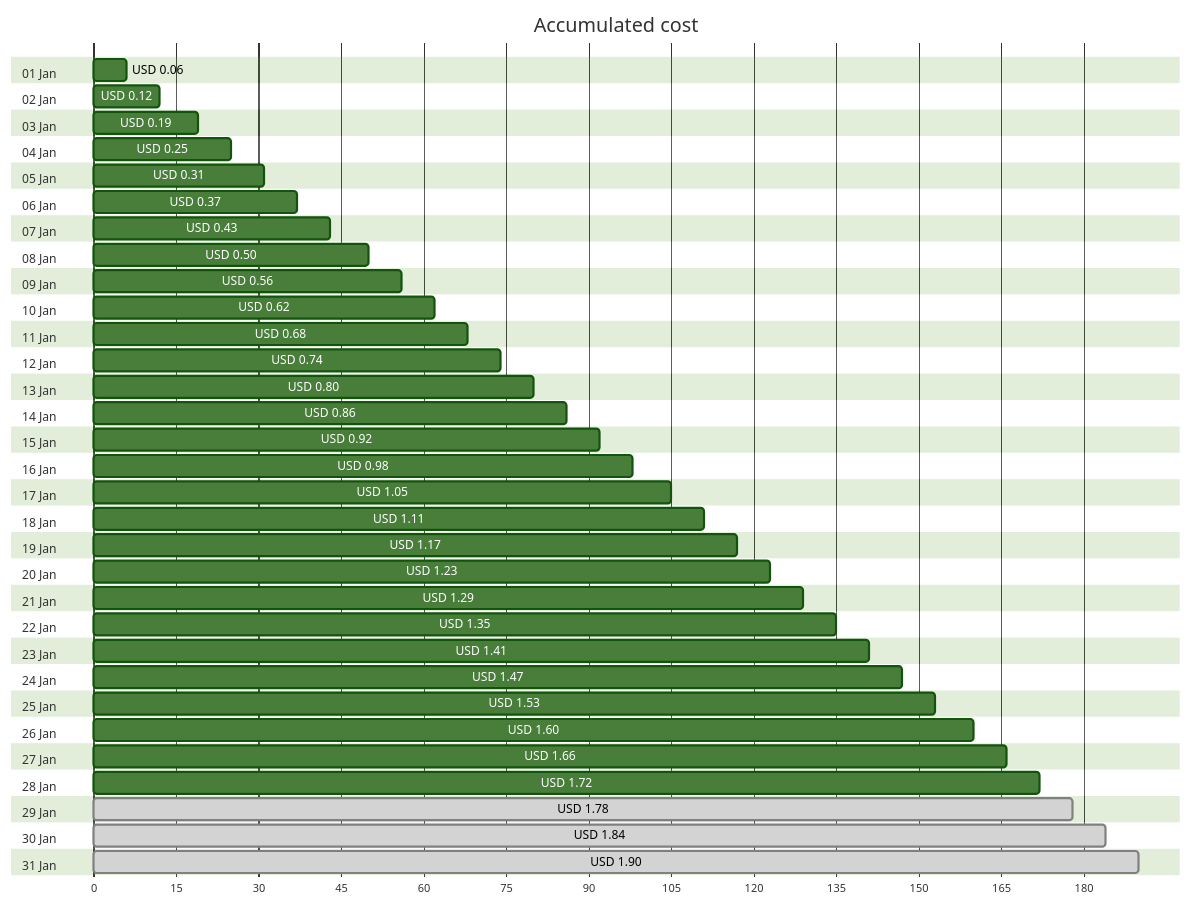
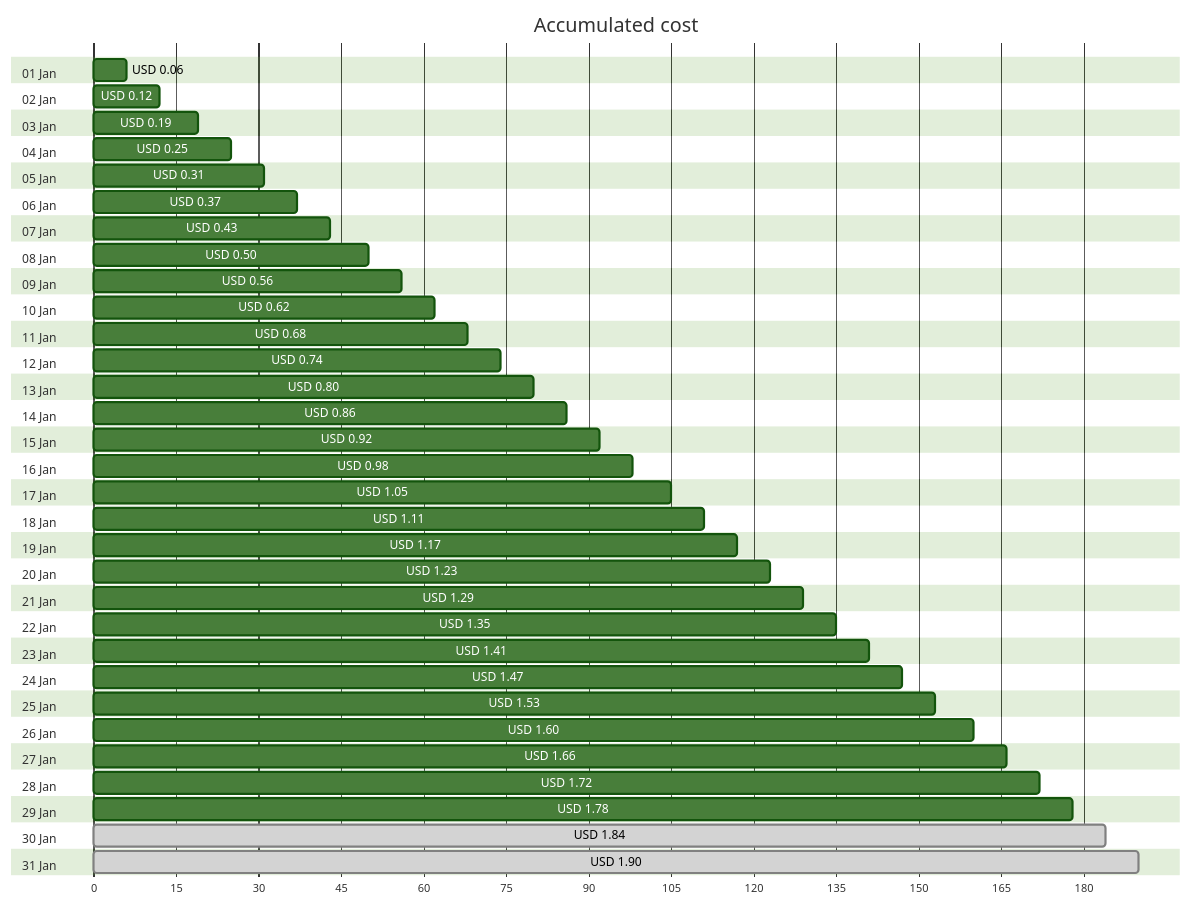
One commit to jpfulton/azure-personal-reports changed the first of 4 diagrams in cost-reports/personal-network/backup-server_OsDisk.md. Above: the diagram before and after it, drawn with Mermaid (forest theme). The commit also changed other lines of this file and 8 other files, not shown here.

````diff
--- a/cost-reports/personal-network/backup-server_OsDisk.md
+++ b/cost-reports/personal-network/backup-server_OsDisk.md
@@ -20,68 +20,68 @@
 ```mermaid
 gantt
    title Accumulated cost
    dateFormat  X
    axisFormat %s
    section 01 Jan
    USD 0.06 :0, 6
    section 02 Jan
    USD 0.12 :0, 12
    section 03 Jan
    USD 0.19 :0, 19
    section 04 Jan
    USD 0.25 :0, 25
    section 05 Jan
    USD 0.31 :0, 31
    section 06 Jan
    USD 0.37 :0, 37
    section 07 Jan
    USD 0.43 :0, 43
    section 08 Jan
    USD 0.50 :0, 50
    section 09 Jan
    USD 0.56 :0, 56
    section 10 Jan
    USD 0.62 :0, 62
    section 11 Jan
    USD 0.68 :0, 68
    section 12 Jan
    USD 0.74 :0, 74
    section 13 Jan
    USD 0.80 :0, 80
    section 14 Jan
    USD 0.86 :0, 86
    section 15 Jan
    USD 0.92 :0, 92
    section 16 Jan
    USD 0.98 :0, 98
    section 17 Jan
    USD 1.05 :0, 105
    section 18 Jan
    USD 1.11 :0, 111
    section 19 Jan
    USD 1.17 :0, 117
    section 20 Jan
    USD 1.23 :0, 123
    section 21 Jan
    USD 1.29 :0, 129
    section 22 Jan
    USD 1.35 :0, 135
    section 23 Jan
    USD 1.41 :0, 141
    section 24 Jan
    USD 1.47 :0, 147
    section 25 Jan
    USD 1.53 :0, 153
    section 26 Jan
    USD 1.60 :0, 160
    section 27 Jan
    USD 1.66 :0, 166
    section 28 Jan
    USD 1.72 :0, 172
    section 29 Jan
-   USD 1.78 : done, 0, 178
+   USD 1.78 :0, 178
    section 30 Jan
    USD 1.84 : done, 0, 184
    section 31 Jan
    USD 1.90 : done, 0, 190
 ```
````
